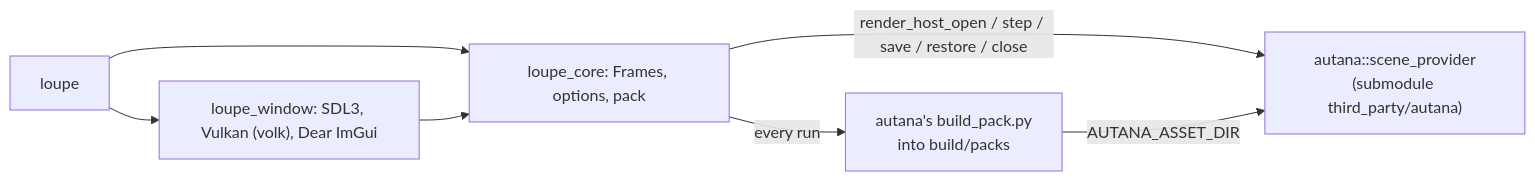
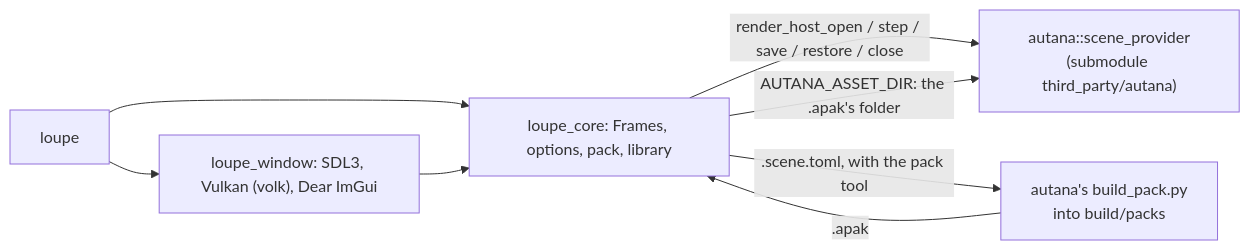
Before and after one commit to jose-villegas/loupe: the diagram in README.md, drawn with Mermaid. The commit also changed other lines of this file and 37 other files, not shown here.

First line of the commit message:
Open a .apak directly, and start on a scene picker without a scene

````diff
--- a/README.md
+++ b/README.md
@@ -9,9 +10,10 @@
 ```mermaid
 flowchart LR
   cli["loupe"] --> window["loupe_window: SDL3, Vulkan (volk), Dear ImGui"]
-  cli --> core["loupe_core: Frames, options, pack"]
+  cli --> core["loupe_core: Frames, options, pack, library"]
   window --> core
   core -- "render_host_open / step / save / restore / close" --> autana["autana::scene_provider<br/>(submodule third_party/autana)"]
-  core -- "every run" --> pack["autana's build_pack.py<br/>into build/packs"]
-  pack -- "AUTANA_ASSET_DIR" --> autana
+  core -- ".scene.toml, with the pack tool" --> pack["autana's build_pack.py<br/>into build/packs"]
+  pack -- ".apak" --> core
+  core -- "AUTANA_ASSET_DIR: the .apak's folder" --> autana
 ```
````
